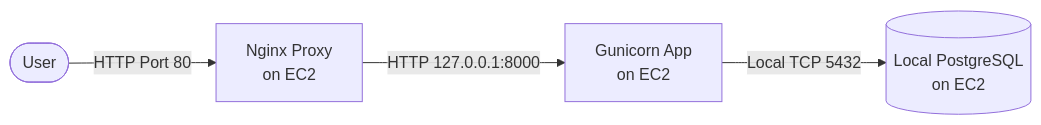
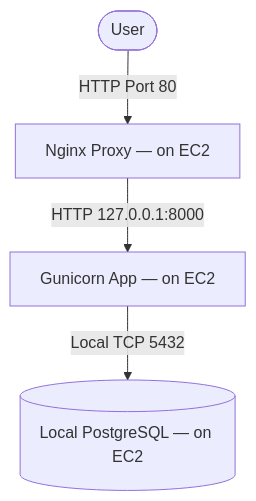
Before and after one commit to pritamshende/Platform-dj-jango: the first of 2 diagrams in FINAL_SUBMISSION.md, drawn with Mermaid. The commit also changed other lines of this file, not shown here.

````diff
--- a/FINAL_SUBMISSION.md
+++ b/FINAL_SUBMISSION.md
@@ -237,6 +241,6 @@
 ```mermaid
-flowchart LR
-    User([User]) -->|HTTP Port 80| Nginx[Nginx Proxy\non EC2]
-    Nginx -->|HTTP 127.0.0.1:8000| Gunicorn[Gunicorn App\non EC2]
-    Gunicorn -->|Local TCP 5432| DB[(Local PostgreSQL\non EC2)]
+flowchart TB
+    User([User]) -->|HTTP Port 80| Nginx[Nginx Proxy — on EC2]
+    Nginx -->|HTTP 127.0.0.1:8000| Gunicorn[Gunicorn App — on EC2]
+    Gunicorn -->|Local TCP 5432| DB[(Local PostgreSQL — on EC2)]
 ```
````
